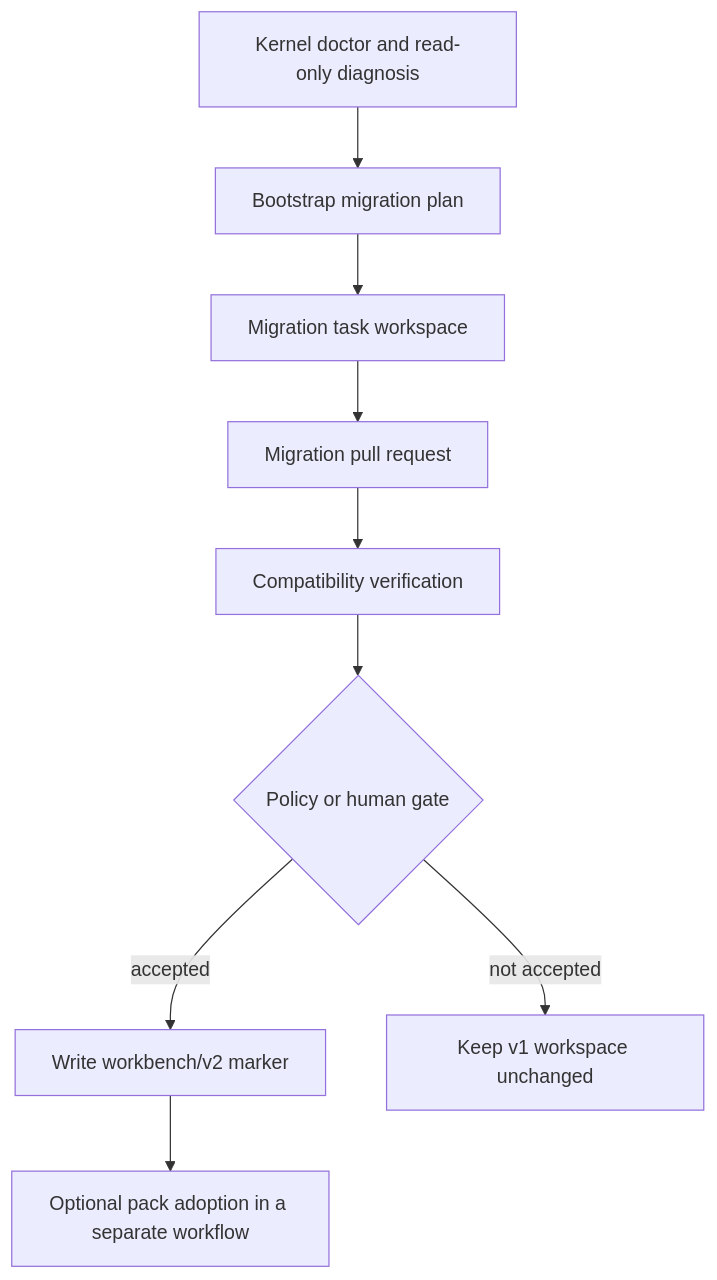
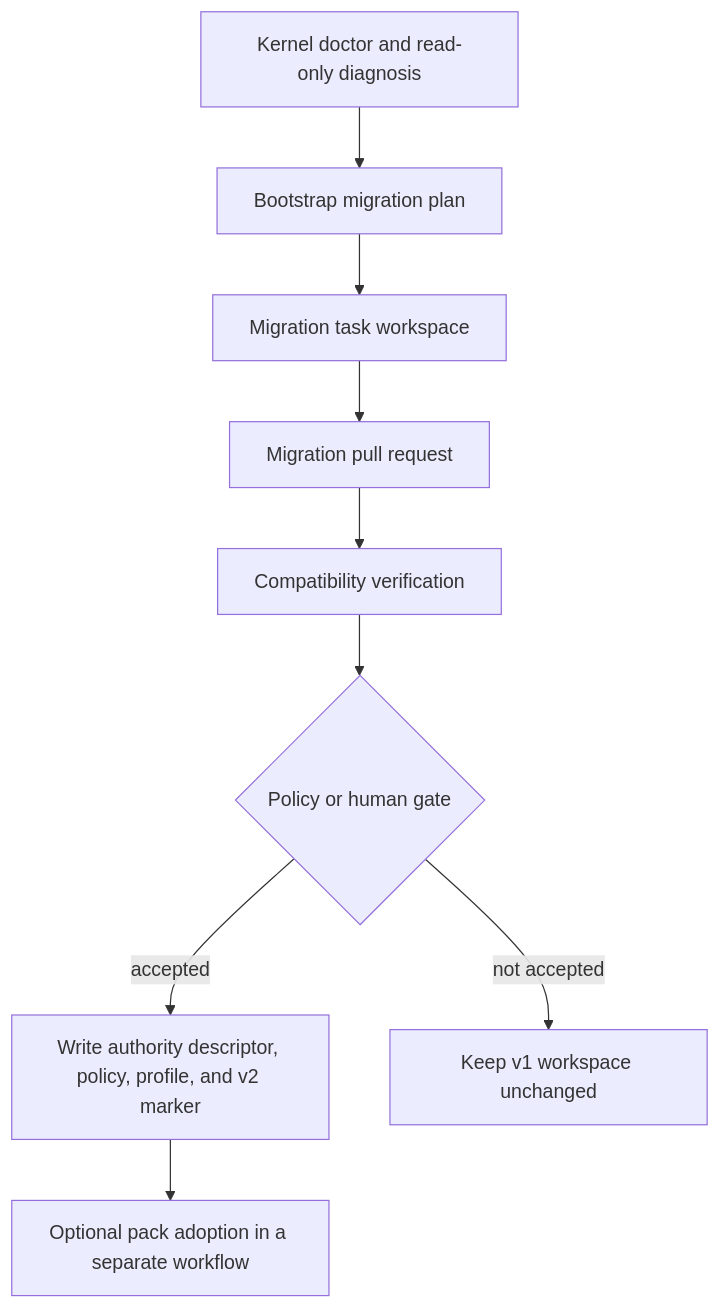
One commit to YOOGOMJA/workbench-kit changed the sixth of 6 diagrams in framework-docs/workbench-v2-governance.md. Above: the diagram before and after it, drawn with Mermaid. The commit also changed other lines of this file and 6 other files, not shown here.

````diff
--- a/framework-docs/workbench-v2-governance.md
+++ b/framework-docs/workbench-v2-governance.md
@@ -692,11 +743,11 @@
 ```mermaid
 flowchart TD
     D[Kernel doctor and read-only diagnosis] --> M[Bootstrap migration plan]
     M --> T[Migration task workspace]
     T --> P[Migration pull request]
     P --> V[Compatibility verification]
     V --> G{Policy or human gate}
-    G -->|accepted| U[Write workbench/v2 marker]
+    G -->|accepted| U[Write authority descriptor, policy, profile, and v2 marker]
     G -->|not accepted| R[Keep v1 workspace unchanged]
     U --> O[Optional pack adoption in a separate workflow]
 ```
````
